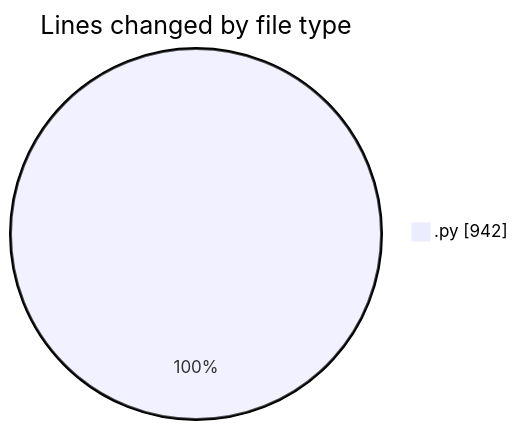
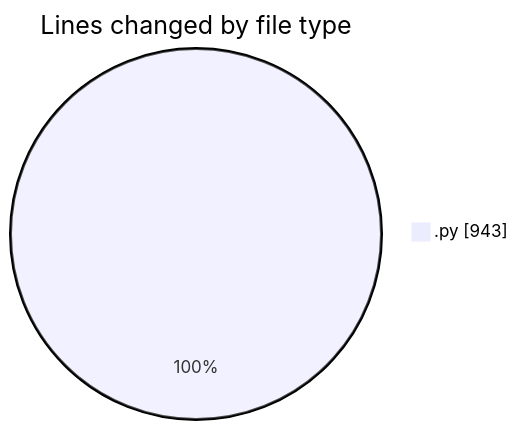
Before and after one commit to MatusMokan/code-tracking: the first of 2 diagrams in 2025-04-12/myws__workspace_/README.md, drawn with Mermaid. The commit also changed other lines of this file and 1 other file, not shown here.

````diff
--- a/2025-04-12/myws__workspace_/README.md
+++ b/2025-04-12/myws__workspace_/README.md
@@ -21,5 +21,5 @@
 ```mermaid
 pie showData
 title Lines changed by file type
-".py" : 942
+".py" : 943
 ```
````
